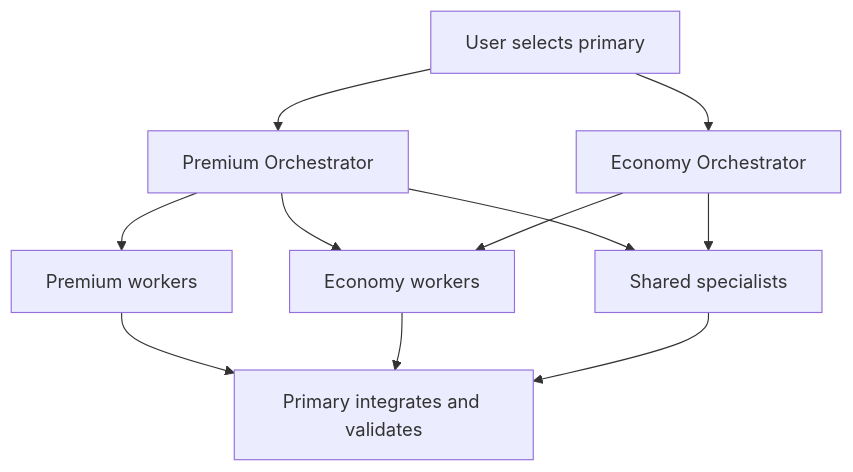
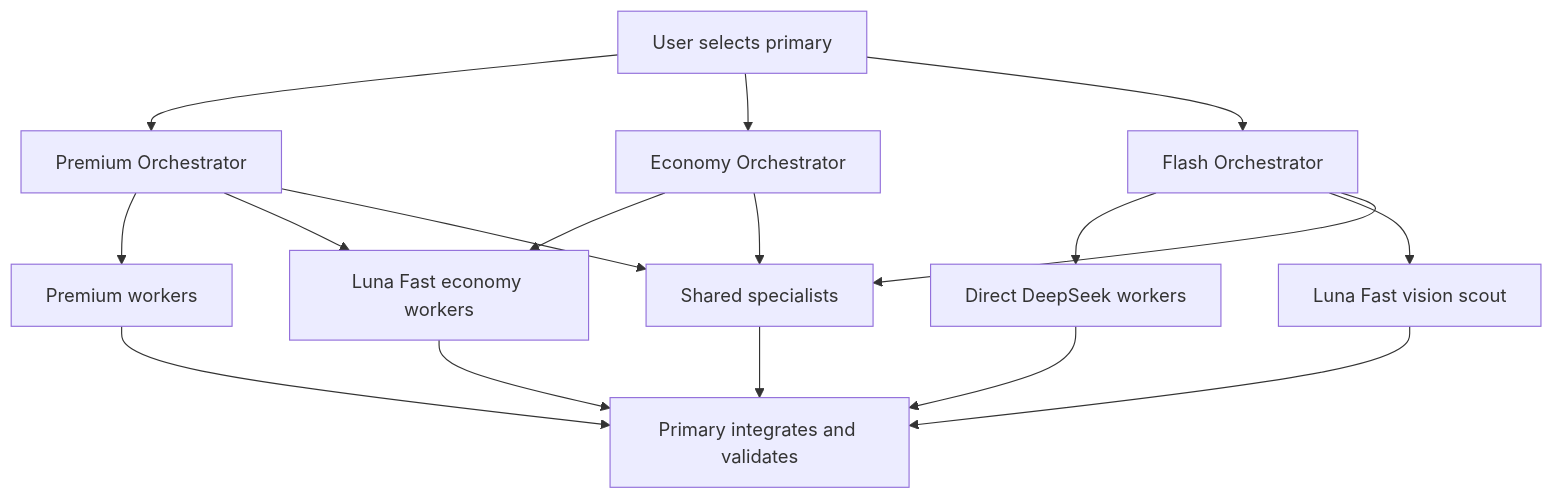
One commit to madsoftwaredev/opencode-config changed the first of 3 diagrams in README.md. Above: the diagram before and after it, drawn with Mermaid. The commit also changed other lines of this file and 41 other files, not shown here.

````diff
--- a/README.md
+++ b/README.md
@@ -147,13 +166,19 @@
 ```mermaid
 flowchart TD
     A[User selects primary] --> T[Premium Orchestrator]
     A --> E[Economy Orchestrator]
+    A --> F[Flash Orchestrator]
     T --> P[Premium workers]
-    T --> C[Economy workers]
+    T --> C[Luna Fast economy workers]
     E --> C
+    F --> D[Direct DeepSeek workers]
+    F --> N[Luna Fast vision scout]
     T --> S[Shared specialists]
     E --> S
+    F --> S
     P --> V[Primary integrates and validates]
     C --> V
+    D --> V
+    N --> V
     S --> V
 ```
````
